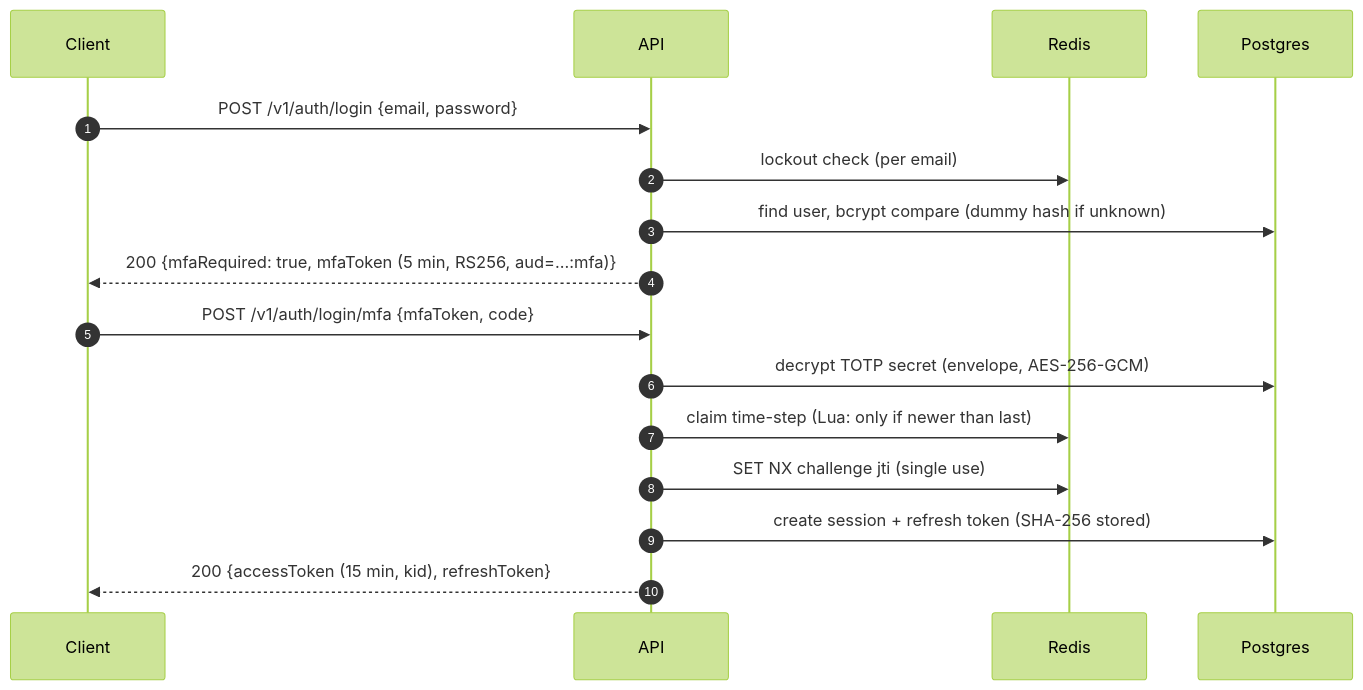
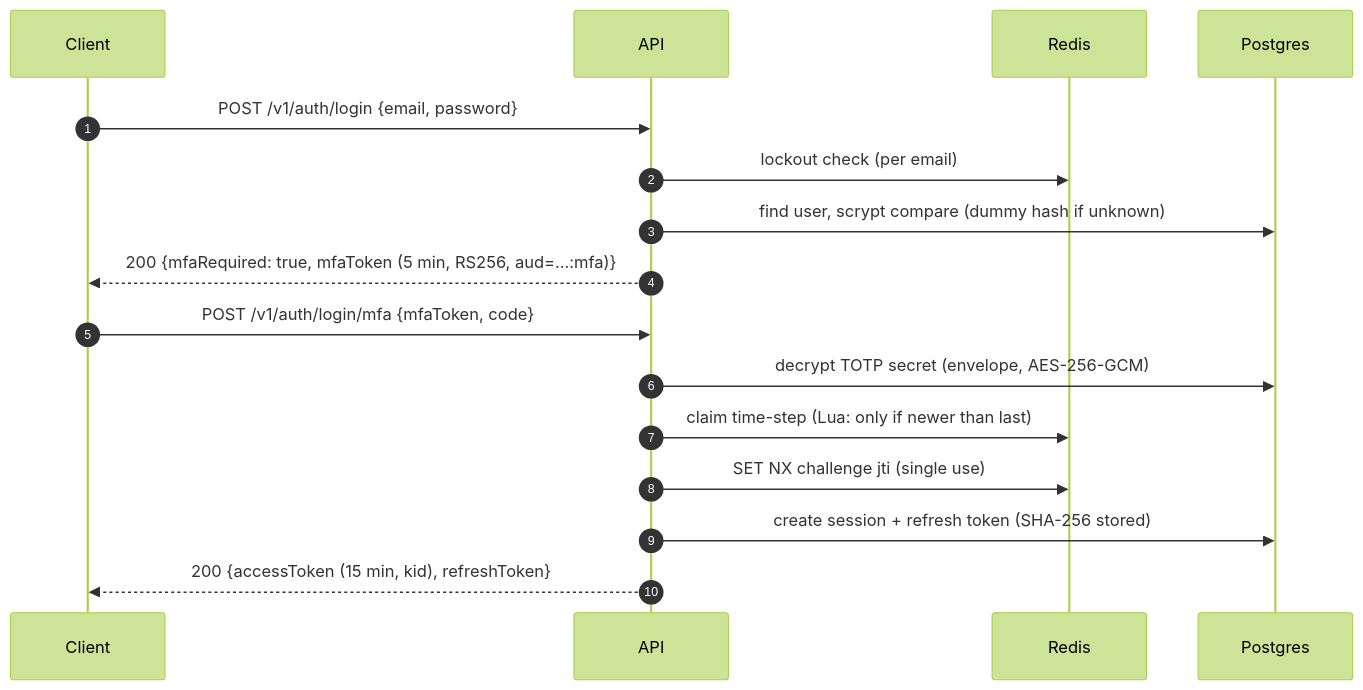
Before and after one commit to vinihellmann/secure-auth-api: the second of 3 diagrams in README.md, drawn with Mermaid (forest theme). The commit also changed other lines of this file and 9 other files, not shown here.

````diff
--- a/README.md
+++ b/README.md
@@ -62,19 +62,19 @@
 ```mermaid
 sequenceDiagram
     autonumber
     participant C as Client
     participant A as API
     participant R as Redis
     participant D as Postgres
 
     C->>A: POST /v1/auth/login {email, password}
     A->>R: lockout check (per email)
-    A->>D: find user, bcrypt compare (dummy hash if unknown)
+    A->>D: find user, scrypt compare (dummy hash if unknown)
     A-->>C: 200 {mfaRequired: true, mfaToken (5 min, RS256, aud=...:mfa)}
     C->>A: POST /v1/auth/login/mfa {mfaToken, code}
     A->>D: decrypt TOTP secret (envelope, AES-256-GCM)
     A->>R: claim time-step (Lua: only if newer than last)
     A->>R: SET NX challenge jti (single use)
     A->>D: create session + refresh token (SHA-256 stored)
     A-->>C: 200 {accessToken (15 min, kid), refreshToken}
 ```
````
